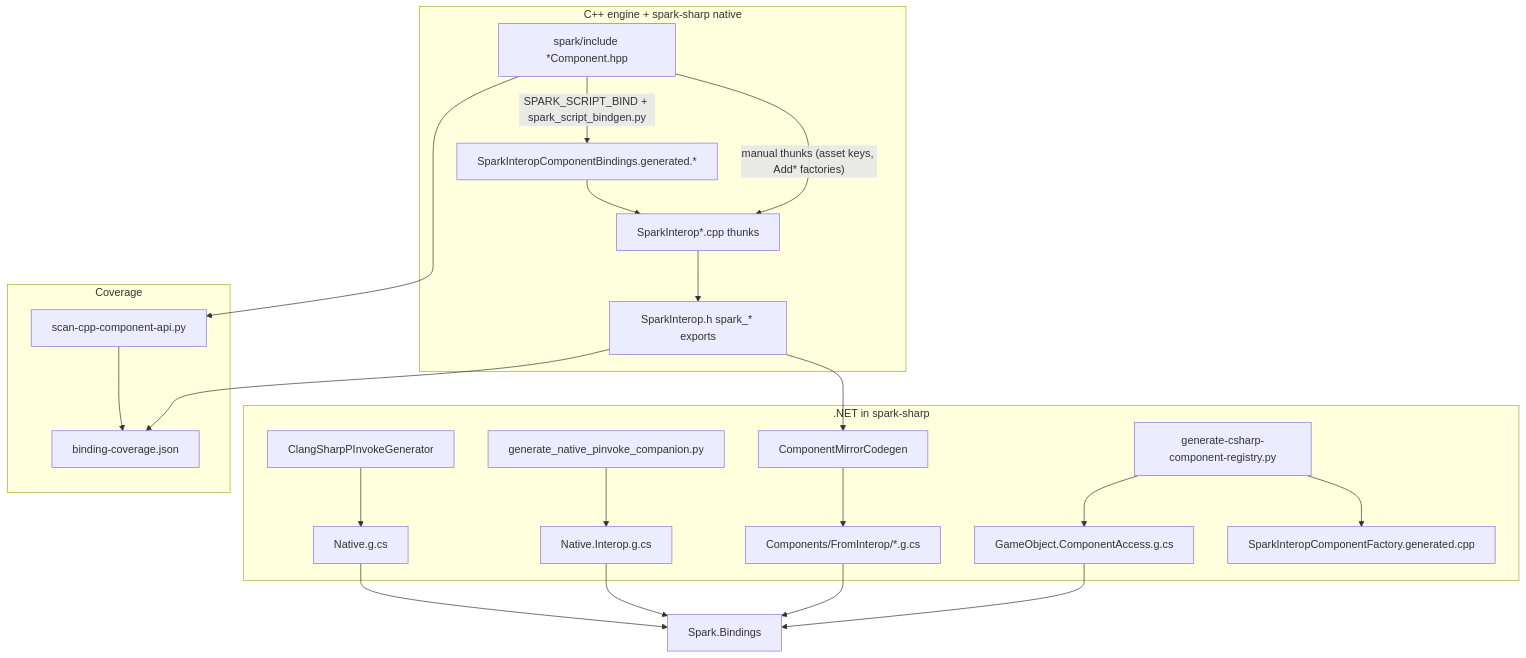
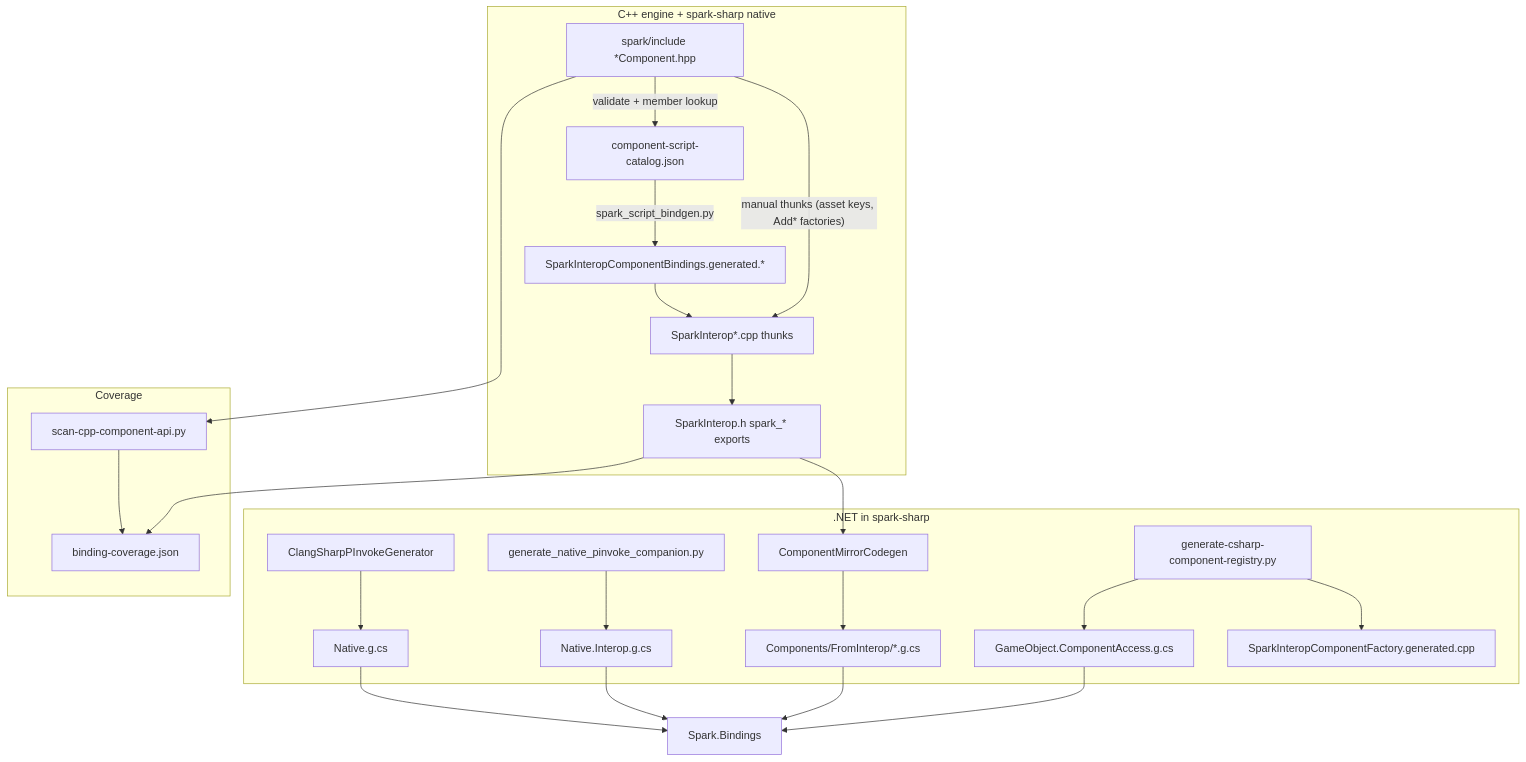
Before and after one commit to hoihky/spark: the diagram in docs/COMPONENT_SCRIPT_CODEGEN.md, drawn with Mermaid. The commit also changed other lines of this file and 137 other files, not shown here.

Commit message:
removed all SPARK_SCRIPT_BIND macro

````diff
--- a/docs/COMPONENT_SCRIPT_CODEGEN.md
+++ b/docs/COMPONENT_SCRIPT_CODEGEN.md
@@ -7,34 +7,36 @@
 ```mermaid
 flowchart TB
   subgraph cpp [C++ engine + spark-sharp native]
     HPP["spark/include *Component.hpp"]
+    Catalog["component-script-catalog.json"]
     InteropH["SparkInterop.h spark_* exports"]
     InteropCpp["SparkInterop*.cpp thunks"]
-    HPP -->|"SPARK_SCRIPT_BIND + spark_script_bindgen.py"| BindGen["SparkInteropComponentBindings.generated.*"]
+    Catalog -->|"spark_script_bindgen.py"| BindGen["SparkInteropComponentBindings.generated.*"]
+    HPP -->|"validate + member lookup"| Catalog
     BindGen --> InteropCpp
     HPP -->|"manual thunks (asset keys, Add* factories)"| InteropCpp
     InteropCpp --> InteropH
   end
   subgraph gen [.NET in spark-sharp]
     Clang["ClangSharpPInvokeGenerator"]
     Mirror["ComponentMirrorCodegen"]
     Reg["generate-csharp-component-registry.py"]
     PInvoke["generate_native_pinvoke_companion.py"]
     Clang --> Native["Native.g.cs"]
     PInvoke --> Companion["Native.Interop.g.cs"]
     InteropH --> Mirror
     Mirror --> CS["Components/FromInterop/*.g.cs"]
     Reg --> Access["GameObject.ComponentAccess.g.cs"]
     Reg --> Factory["SparkInteropComponentFactory.generated.cpp"]
   end
   subgraph scan [Coverage]
     Scan["scan-cpp-component-api.py"]
     HPP --> Scan
     Scan --> Cov["binding-coverage.json"]
     InteropH --> Cov
   end
   Native --> Bindings["Spark.Bindings"]
   Companion --> Bindings
   CS --> Bindings
   Access --> Bindings
 ```
````
